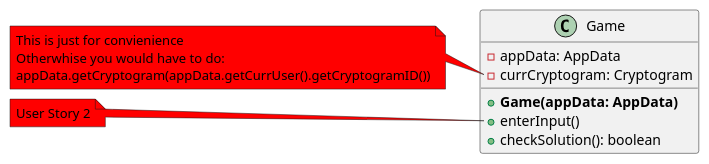
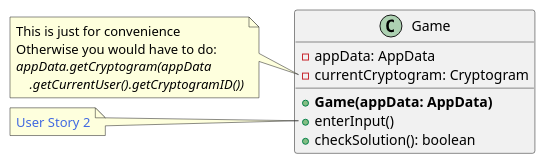
One commit to finlaysr/CS207-Cryptograms changed the diagram in Class-Diagrams/src/game.puml. Above: the diagram before and after it, drawn with PlantUML. The commit also changed 4 other files, not shown here.

```diff
--- a/Class-Diagrams/src/game.puml
+++ b/Class-Diagrams/src/game.puml
@@ -1,26 +1,28 @@
 @startuml
 
 class Game {
     - appData: AppData
-    - currCryptogram: Cryptogram
+    - currentCryptogram: Cryptogram
     + **Game(appData: AppData)**
     + enterInput()
     + checkSolution(): boolean
 }
 
-note left of Game::currCryptogram
-This is just for convienience
-Otherwhise you would have to do:
-appData.getCryptogram(appData.getCurrUser().getCryptogramID())
+note left of Game::currentCryptogram
+    This is just for convenience
+    Otherwise you would have to do:
+    <i>appData.getCryptogram(appData </i>
+    <i>    .getCurrentUser().getCryptogramID())</i>
 end note
+
 note left of Game::enterInput
 If the user input asks for a hint or the solution, 
 currCryptogram.getHint() or currCryptogram.getSolution()
 would be called
 end note
 
 
-note left of Game::enterInput #red
-    User Story 2
+note left of Game::enterInput
+    <color:royalBlue>User Story 2</color>
 end note
 @enduml
```
